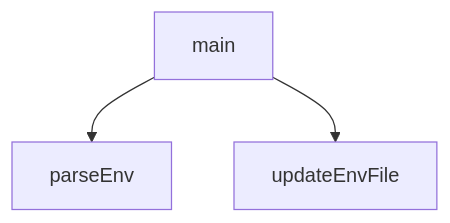
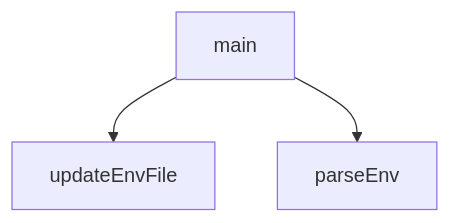
One commit to peckop/venthub-hvac-esite changed the diagram in scripts/setup_webhooks.md. Above: the diagram before and after it, drawn with Mermaid. The commit also changed other lines of this file and 4 other files, not shown here.

````diff
--- a/scripts/setup_webhooks.md
+++ b/scripts/setup_webhooks.md
@@ -130,8 +149,8 @@
 ```mermaid
 graph TD
     setup_webhooks_js__main["main"]
     setup_webhooks_js__parseEnv["parseEnv"]
     setup_webhooks_js__updateEnvFile["updateEnvFile"]
+    setup_webhooks_js__main --> setup_webhooks_js__updateEnvFile
     setup_webhooks_js__main --> setup_webhooks_js__parseEnv
-    setup_webhooks_js__main --> setup_webhooks_js__updateEnvFile
 ```
````
